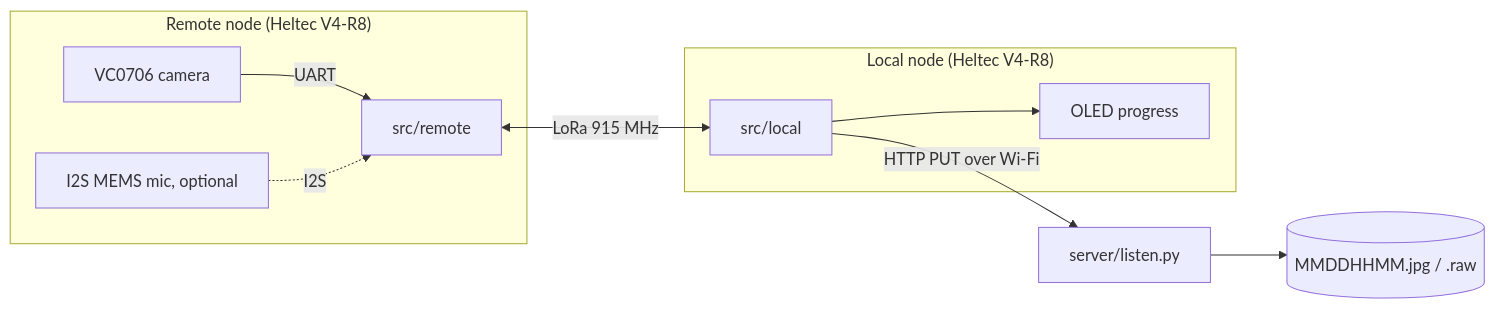
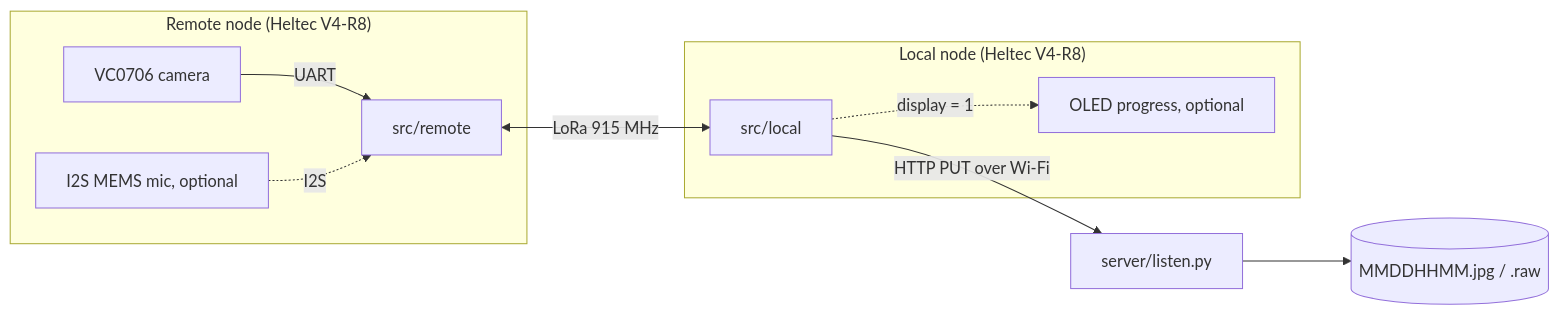
The diagram in docs/README.md (gfnord/loracamera), drawn with Mermaid before and after one commit. The commit also changed other lines of this file and 16 other files, not shown here.

````diff
--- a/docs/README.md
+++ b/docs/README.md
@@ -5,13 +5,13 @@
 ```mermaid
 flowchart LR
     subgraph Field["Remote node (Heltec V4-R8)"]
         CAM[VC0706 camera] -->|UART| R[src/remote]
         MIC[I2S MEMS mic, optional] -.->|I2S| R
     end
     subgraph Base["Local node (Heltec V4-R8)"]
-        L[src/local] --> OLED[OLED progress]
+        L[src/local] -.->|display = 1| OLED[OLED progress, optional]
     end
     R <-->|LoRa 915 MHz| L
     L -->|HTTP PUT over Wi-Fi| S[server/listen.py]
     S --> F[(MMDDHHMM.jpg / .raw)]
 ```
````
